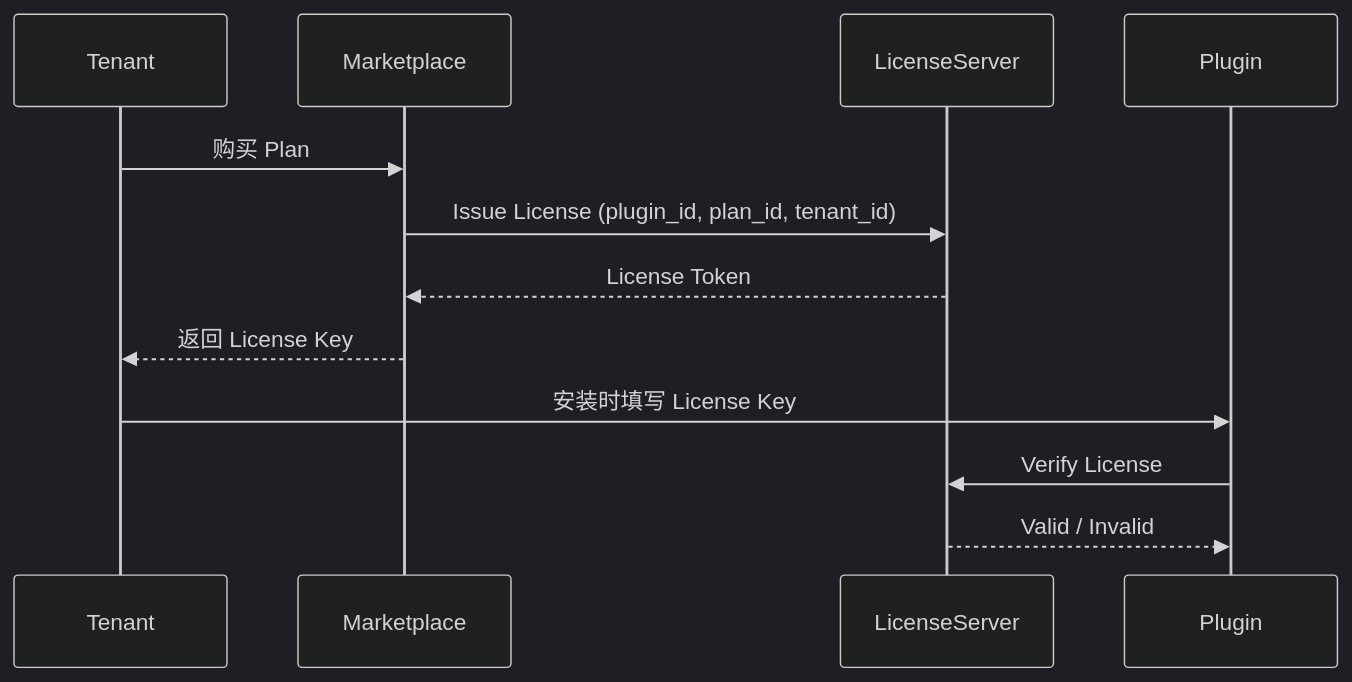
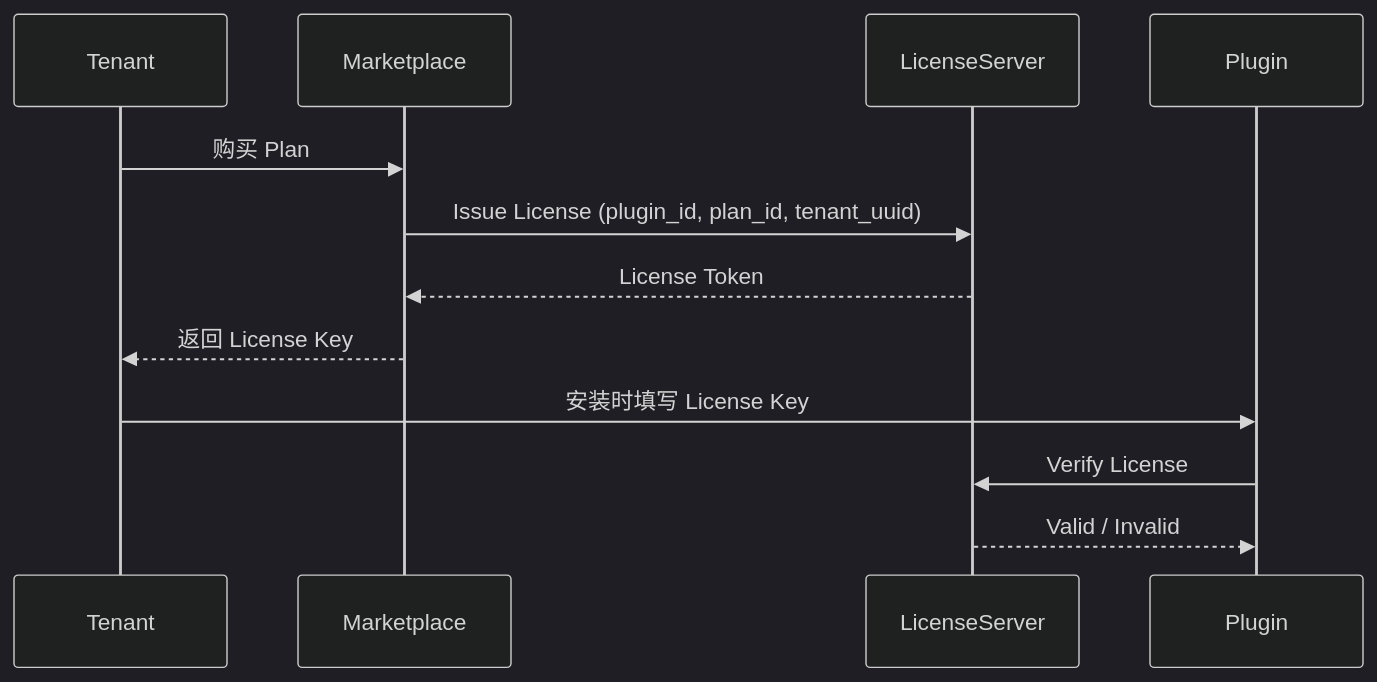
The diagram in docs/standards/powerx-plugin/integration/06_marketplace_and_business/Pricing_and_Licensing.md (ArtisanCloud/PowerXPlugin), drawn with Mermaid (dark theme) before and after one commit. The commit also changed other lines of this file and 654 other files, not shown here.

Commit message:
refact(tenant-uuid): 修改整体策略，统一用tenant-uuid替换tenant-id

````diff
--- a/docs/standards/powerx-plugin/integration/06_marketplace_and_business/Pricing_and_Licensing.md
+++ b/docs/standards/powerx-plugin/integration/06_marketplace_and_business/Pricing_and_Licensing.md
@@ -128,15 +128,15 @@
 ```mermaid
 sequenceDiagram
 participant Tenant
 participant Marketplace
 participant LicenseServer
 participant Plugin
 
 Tenant->>Marketplace: 购买 Plan
-Marketplace->>LicenseServer: Issue License (plugin_id, plan_id, tenant_id)
+Marketplace->>LicenseServer: Issue License (plugin_id, plan_id, tenant_uuid)
 LicenseServer-->>Marketplace: License Token
 Marketplace-->>Tenant: 返回 License Key
 Tenant->>Plugin: 安装时填写 License Key
 Plugin->>LicenseServer: Verify License
 LicenseServer-->>Plugin: Valid / Invalid
 ```
````
